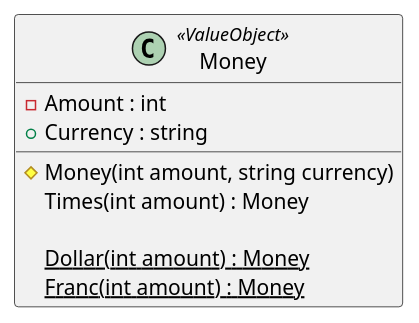
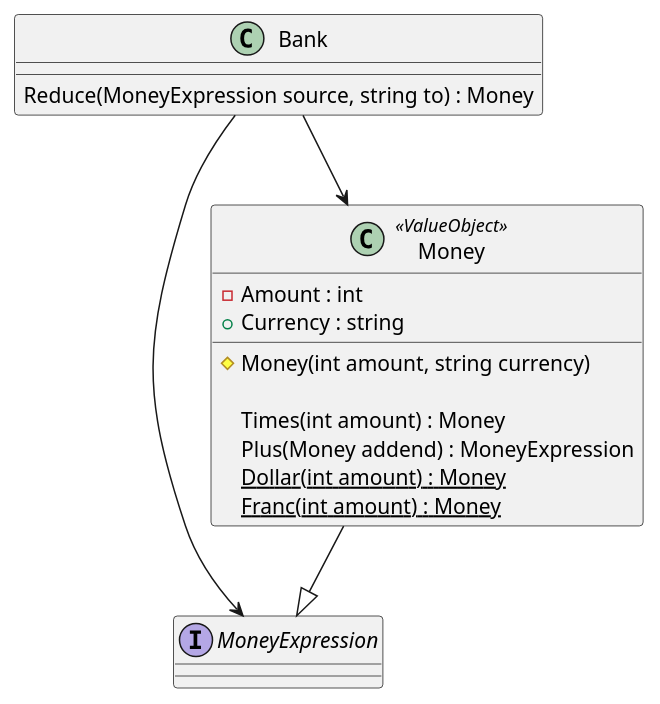
One commit to RicardoGuzmanVelasco/KentBeck.TDDByExample changed the diagram in Documentation/Classes.puml. Above: the diagram before and after it, drawn with PlantUML. The commit also changed 2 other files, not shown here.

Commit message:
13 | Money reduction | Documentation

```diff
--- a/Documentation/Classes.puml
+++ b/Documentation/Classes.puml
@@ -1,13 +1,27 @@
 @startuml
+
+interface MoneyExpression 
 
 class Money <<ValueObject>>
 {
     -Amount : int
     +Currency : string
+    
     #Money(int amount, string currency)
+    
     Times(int amount) : Money
+    Plus(Money addend) : MoneyExpression
+    
     
     {static} Dollar(int amount) : Money
     {static} Franc(int amount) : Money
 }
+Money --|> MoneyExpression
+
+class Bank
+{
+    Reduce(MoneyExpression source, string to) : Money
+}
+Bank --> MoneyExpression
+Bank --> Money
 @enduml
```
